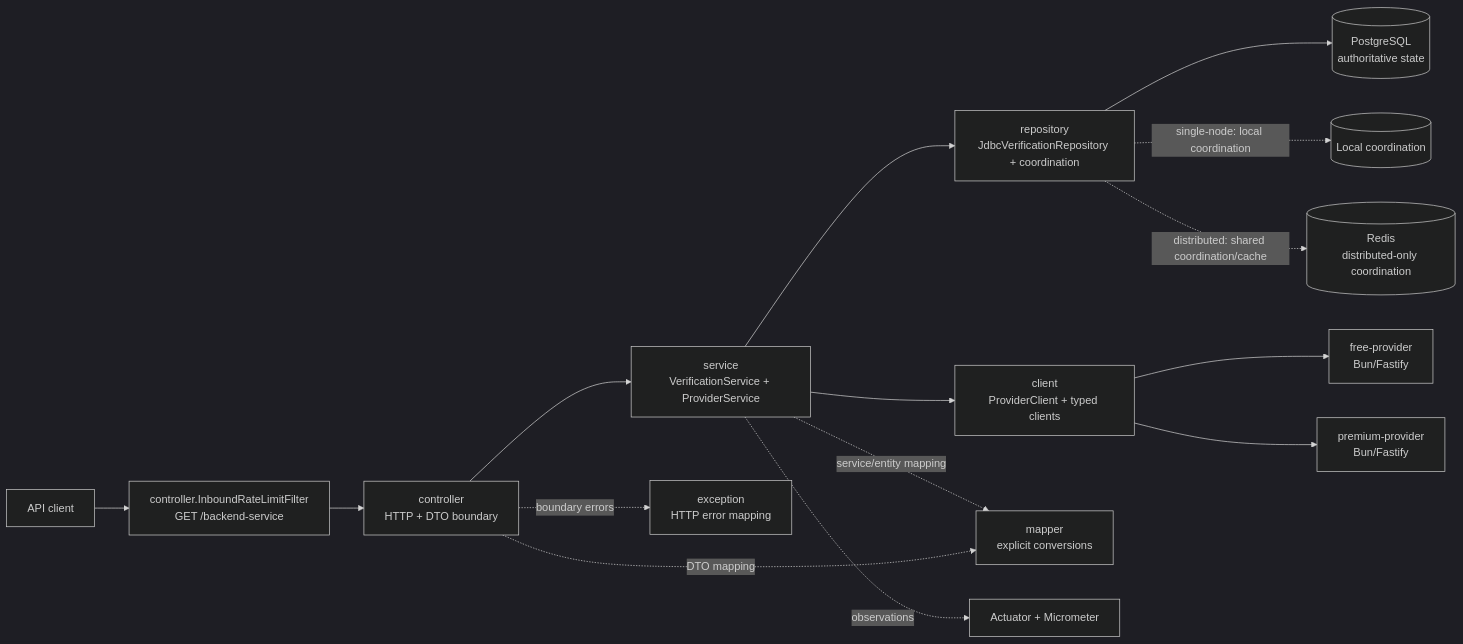
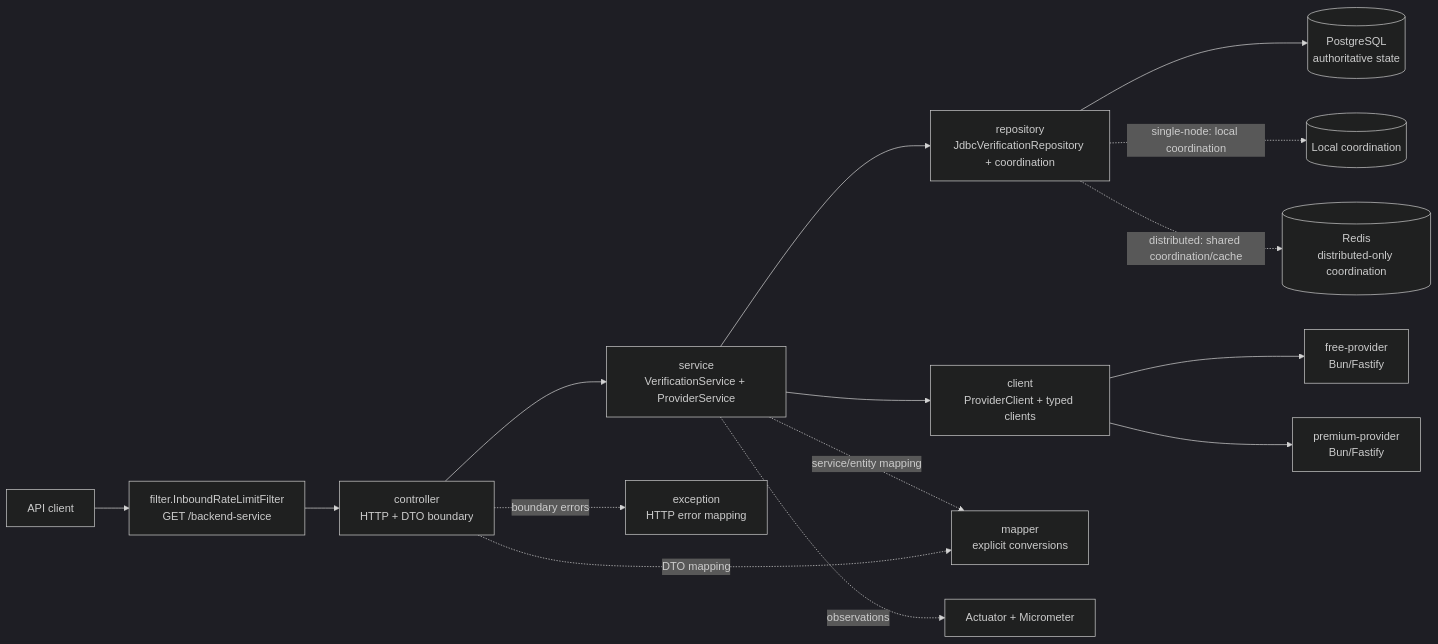
Before and after one commit to migangdelzar/company-check-workspace: the diagram in docs/architecture/overview.md, drawn with Mermaid (dark theme). The commit also changed 1 other file, not shown here.

Commit message:
docs: reflect filter/scheduler and config capability packages

````diff
--- a/docs/architecture/overview.md
+++ b/docs/architecture/overview.md
@@ -3,29 +3,29 @@
 ```mermaid
 flowchart LR
   Client[API client]
-  Filter[controller.InboundRateLimitFilter\nGET /backend-service]
+  Filter[filter.InboundRateLimitFilter\nGET /backend-service]
   Controller[controller\nHTTP + DTO boundary]
   Service[service\nVerificationService + ProviderService]
   Repository[repository\nJdbcVerificationRepository + coordination]
   ClientLayer[client\nProviderClient + typed clients]
   Mapper[mapper\nexplicit conversions]
   Errors[exception\nHTTP error mapping]
   DB[(PostgreSQL\nauthoritative state)]
   Redis[(Redis\ndistributed-only coordination)]
   Free[free-provider\nBun/Fastify]
   Premium[premium-provider\nBun/Fastify]
   Metrics[Actuator + Micrometer]
 
   Client --> Filter --> Controller --> Service
   Service --> Repository --> DB
   Service --> ClientLayer
   Service -. service/entity mapping .-> Mapper
   Controller -. DTO mapping .-> Mapper
   Controller -. boundary errors .-> Errors
   Repository -. single-node: local coordination .-> Local
   Repository -. distributed: shared coordination/cache .-> Redis
   ClientLayer --> Free
   ClientLayer --> Premium
   Service -. observations .-> Metrics
   Local[(Local coordination)]
 ```
````
